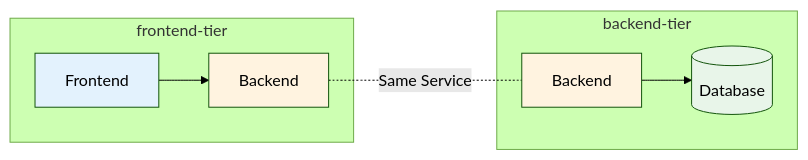
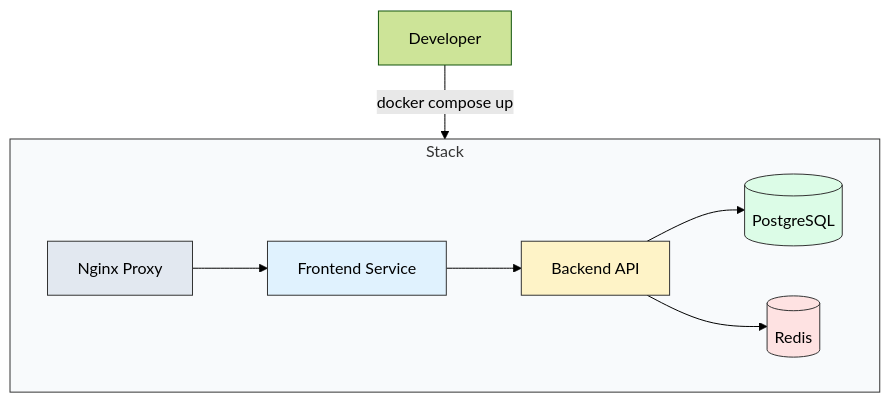
The diagram in 1-Beginner/03-Phase-3/01-Container-Orchestration/Docker/04-Docker-Compose/Beginner/01-Basics/README.md (Ganil151/Devops), drawn with Mermaid (forest theme) before and after one commit. The commit also changed other lines of this file and 77 other files, not shown here.

````diff
--- a/1-Beginner/03-Phase-3/01-Container-Orchestration/Docker/04-Docker-Compose/Beginner/01-Basics/README.md
+++ b/1-Beginner/03-Phase-3/01-Container-Orchestration/Docker/04-Docker-Compose/Beginner/01-Basics/README.md
@@ -585,21 +5,18 @@
 ```mermaid
-graph LR
-    subgraph "frontend-tier"
-        FE[Frontend]
-        BE1[Backend]
+graph TD
+    User[Developer] -->|docker compose up| Stack[The Application Stack]
+    
+    subgraph Stack
+    Proxy[Nginx Proxy] --> Web[Frontend Service]
+    Web --> API[Backend API]
+    API --> DB[(PostgreSQL)]
+    API --> Cache[(Redis)]
     end
     
-    subgraph "backend-tier"
-        BE2[Backend]
-        DB[(Database)]
-    end
-    
-    FE --> BE1
-    BE1 -.Same Service.- BE2
-    BE2 --> DB
-    
-    style FE fill:#e3f2fd
-    style BE1 fill:#fff3e0
-    style BE2 fill:#fff3e0
-    style DB fill:#e8f5e9
+    style Stack fill:#f8fafc,stroke:#333
+    style Proxy fill:#e2e8f0,stroke:#333
+    style Web fill:#e0f2fe,stroke:#333
+    style API fill:#fef3c7,stroke:#333
+    style DB fill:#dcfce7,stroke:#333
+    style Cache fill:#fee2e2,stroke:#333
 ```
````
